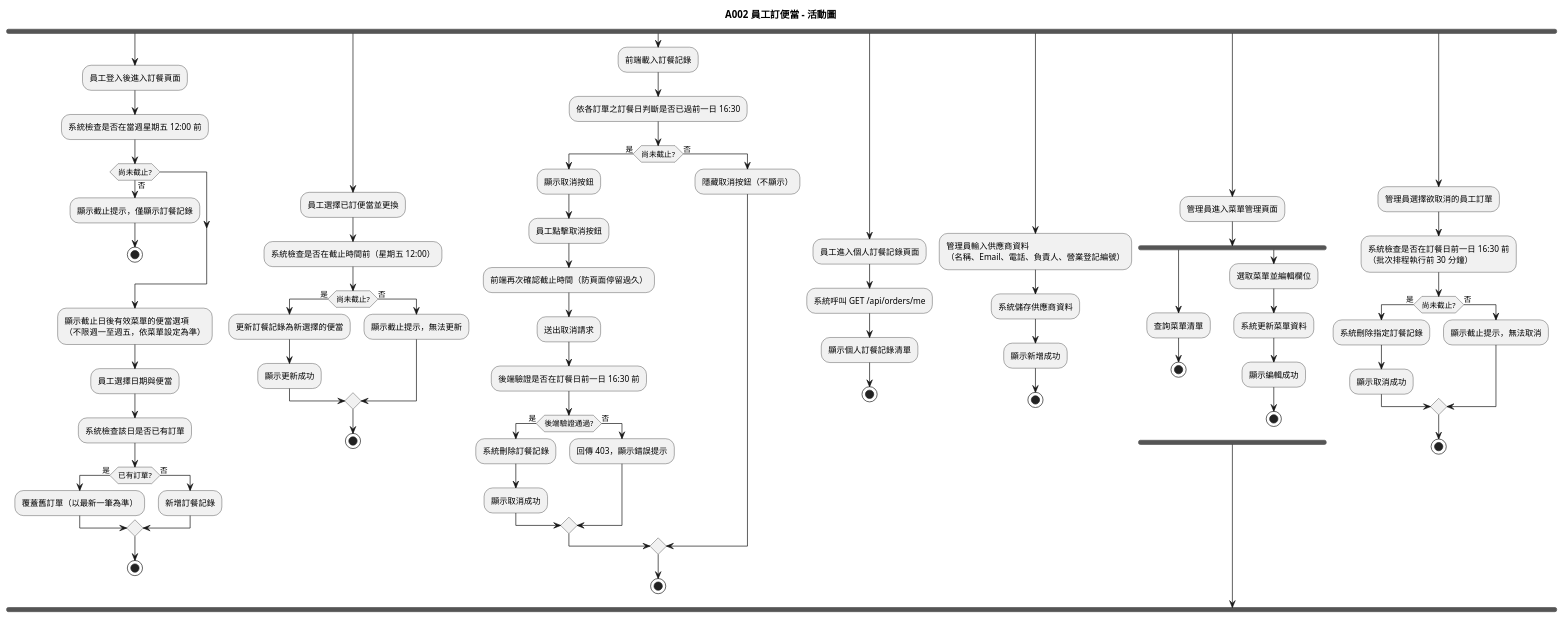
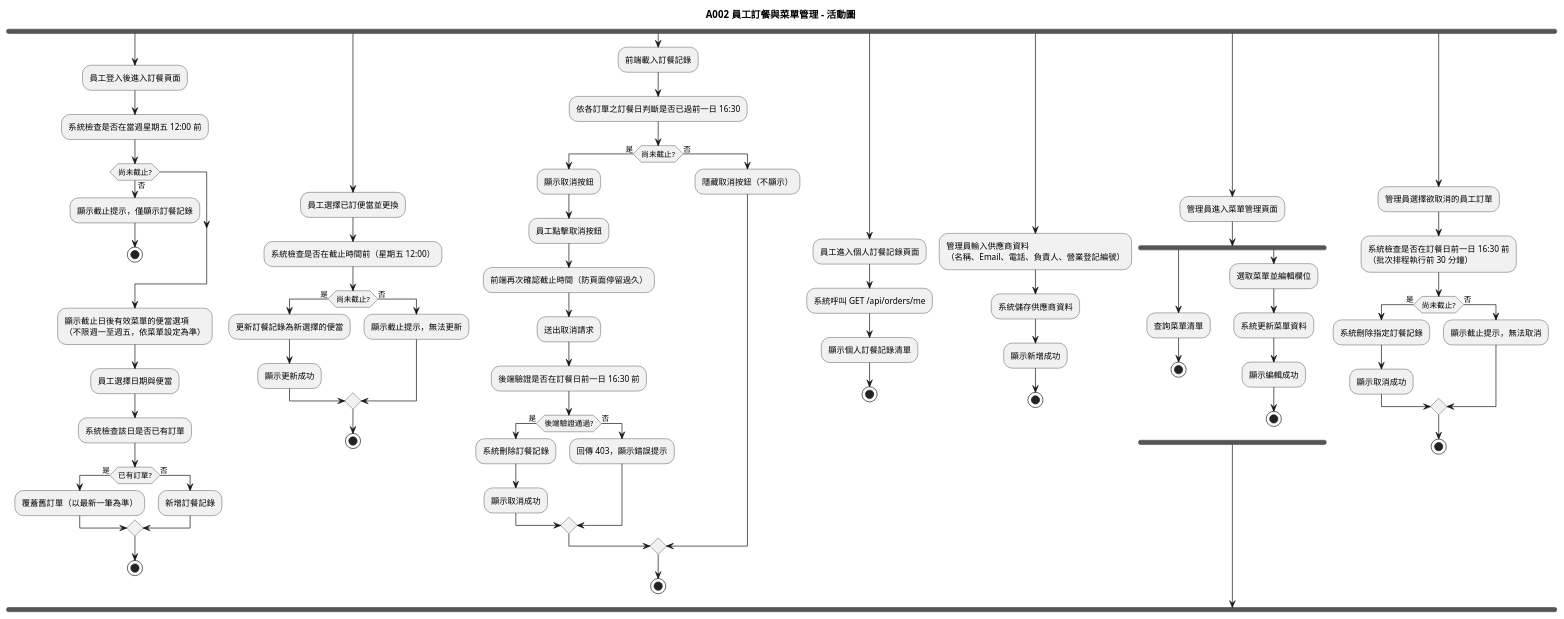
The diagram in output/A002/A002-activity.puml (teyhawzhe/bento-uml), drawn with PlantUML before and after one commit. The commit also changed 30 other files, not shown here.

```diff
--- a/output/A002/A002-activity.puml
+++ b/output/A002/A002-activity.puml
@@ -1,90 +1,90 @@
 @startuml A002-activity
 
-title A002 員工訂便當 - 活動圖
+title A002 員工訂餐與菜單管理 - 活動圖
 
 fork
   :員工登入後進入訂餐頁面;
   :系統檢查是否在當週星期五 12:00 前;
   if (尚未截止?) then (否)
     :顯示截止提示，僅顯示訂餐記錄;
     stop
   endif
   :顯示截止日後有效菜單的便當選項\n（不限週一至週五，依菜單設定為準）;
   :員工選擇日期與便當;
   :系統檢查該日是否已有訂單;
   if (已有訂單?) then (是)
     :覆蓋舊訂單（以最新一筆為準）;
   else (否)
     :新增訂餐記錄;
   endif
   stop
 
 fork again
   :員工選擇已訂便當並更換;
   :系統檢查是否在截止時間前（星期五 12:00）;
   if (尚未截止?) then (是)
     :更新訂餐記錄為新選擇的便當;
     :顯示更新成功;
   else (否)
     :顯示截止提示，無法更新;
   endif
   stop
 
 fork again
   :前端載入訂餐記錄;
   :依各訂單之訂餐日判斷是否已過前一日 16:30;
   if (尚未截止?) then (是)
     :顯示取消按鈕;
     :員工點擊取消按鈕;
     :前端再次確認截止時間（防頁面停留過久）;
     :送出取消請求;
     :後端驗證是否在訂餐日前一日 16:30 前;
     if (後端驗證通過?) then (是)
       :系統刪除訂餐記錄;
       :顯示取消成功;
     else (否)
       :回傳 403，顯示錯誤提示;
     endif
   else (否)
     :隱藏取消按鈕（不顯示）;
   endif
   stop
 
 fork again
   :員工進入個人訂餐記錄頁面;
   :系統呼叫 GET /api/orders/me;
   :顯示個人訂餐記錄清單;
   stop
 
 fork again
   :管理員輸入供應商資料\n（名稱、Email、電話、負責人、營業登記編號）;
   :系統儲存供應商資料;
   :顯示新增成功;
   stop
 
 fork again
   :管理員進入菜單管理頁面;
   fork
     :查詢菜單清單;
     stop
   fork again
     :選取菜單並編輯欄位;
     :系統更新菜單資料;
     :顯示編輯成功;
     stop
   end fork
 
 fork again
   :管理員選擇欲取消的員工訂單;
   :系統檢查是否在訂餐日前一日 16:30 前\n（批次排程執行前 30 分鐘）;
   if (尚未截止?) then (是)
     :系統刪除指定訂餐記錄;
     :顯示取消成功;
   else (否)
     :顯示截止提示，無法取消;
   endif
   stop
 
 end fork
 
 @enduml
```
